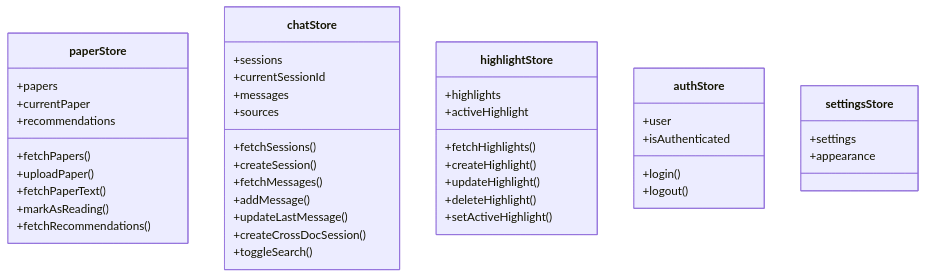
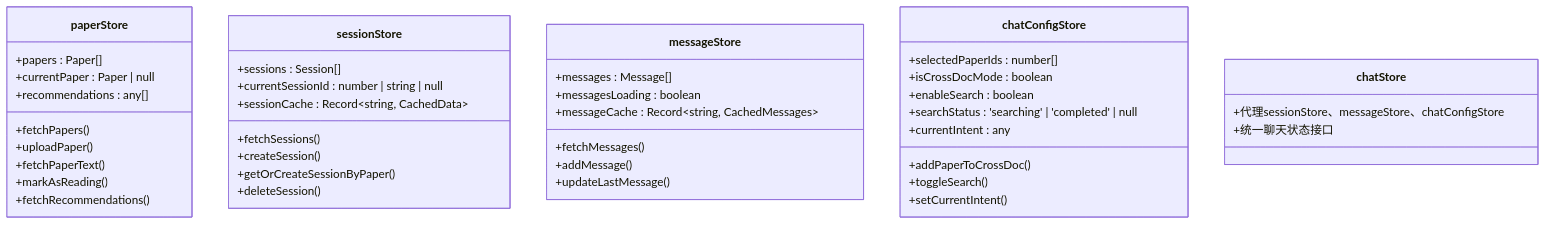
Before and after one commit to laohanhahaha/PaperChat: the sixth of 8 diagrams in .qoder/repowiki/zh/content/前端系统/前端系统.md, drawn with Mermaid. The commit also changed other lines of this file and 8 other files, not shown here.

````diff
--- a/.qoder/repowiki/zh/content/前端系统/前端系统.md
+++ b/.qoder/repowiki/zh/content/前端系统/前端系统.md
@@ -316,45 +381,44 @@
 ```mermaid
 classDiagram
 class paperStore {
-+papers
-+currentPaper
-+recommendations
++papers : Paper[]
++currentPaper : Paper | null
++recommendations : any[]
 +fetchPapers()
 +uploadPaper()
 +fetchPaperText()
 +markAsReading()
 +fetchRecommendations()
 }
-class chatStore {
-+sessions
-+currentSessionId
-+messages
-+sources
+class sessionStore {
++sessions : Session[]
++currentSessionId : number | string | null
++sessionCache : Record~string, CachedData~
 +fetchSessions()
 +createSession()
++getOrCreateSessionByPaper()
++deleteSession()
+}
+class messageStore {
++messages : Message[]
++messagesLoading : boolean
++messageCache : Record~string, CachedMessages~
 +fetchMessages()
 +addMessage()
 +updateLastMessage()
-+createCrossDocSession()
+}
+class chatConfigStore {
++selectedPaperIds : number[]
++isCrossDocMode : boolean
++enableSearch : boolean
++searchStatus : 'searching' | 'completed' | null
++currentIntent : any
++addPaperToCrossDoc()
 +toggleSearch()
++setCurrentIntent()
 }
-class highlightStore {
-+highlights
-+activeHighlight
-+fetchHighlights()
-+createHighlight()
-+updateHighlight()
-+deleteHighlight()
-+setActiveHighlight()
-}
-class authStore {
-+user
-+isAuthenticated
-+login()
-+logout()
-}
-class settingsStore {
-+settings
-+appearance
+class chatStore {
++代理sessionStore、messageStore、chatConfigStore
++统一聊天状态接口
 }
 ```
````
